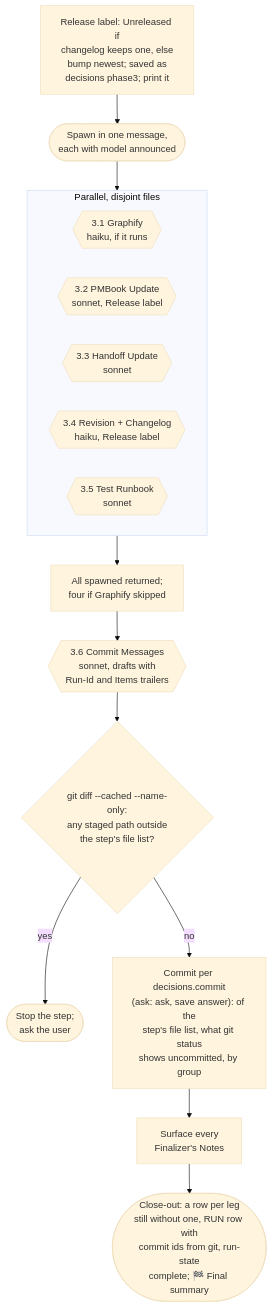
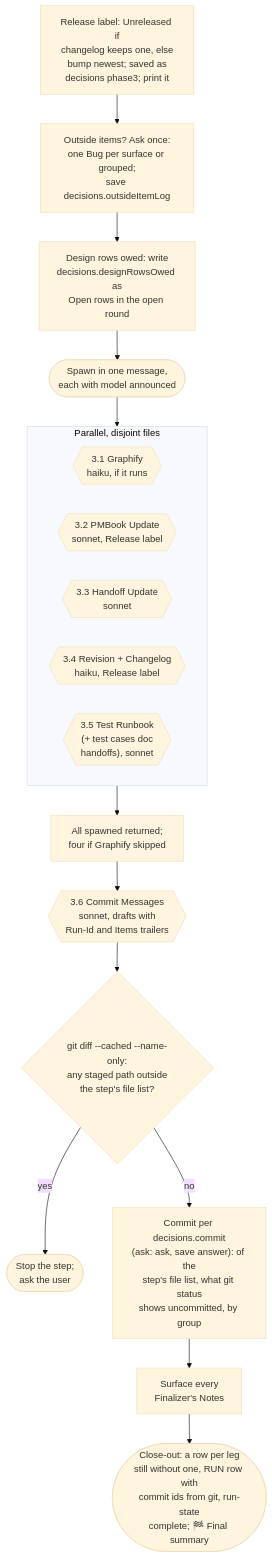
The second of 3 diagrams in skills/orchestrator-development-pattern/mermaid/06-phase3-finalization.md (muhammedalikhan86/claude-stash), drawn with Mermaid (base theme) before and after one commit. The commit also changed other lines of this file and 32 other files, not shown here.

First line of the commit message:
feat(orchestrators): round of test-run fixes across both orchestrators and agents

````diff
--- a/skills/orchestrator-development-pattern/mermaid/06-phase3-finalization.md
+++ b/skills/orchestrator-development-pattern/mermaid/06-phase3-finalization.md
@@ -38,23 +38,25 @@
 ```mermaid
 flowchart TD
     Label["Release label: Unreleased if<br/>changelog keeps one, else<br/>bump newest; saved as<br/>decisions phase3; print it"]
+    Out["Outside items? Ask once:<br/>one Bug per surface or grouped;<br/>save decisions.outsideItemLog"]
+    Owed["Design rows owed: write<br/>decisions.designRowsOwed as<br/>Open rows in the open round"]
     Fork(["Spawn in one message,<br/>each with model announced"])
     subgraph Par["Parallel, disjoint files"]
         G{{"3.1 Graphify<br/>haiku, if it runs"}}
         PM{{"3.2 PMBook Update<br/>sonnet, Release label"}}
         H{{"3.3 Handoff Update<br/>sonnet"}}
         C{{"3.4 Revision + Changelog<br/>haiku, Release label"}}
-        T{{"3.5 Test Runbook<br/>sonnet"}}
+        T{{"3.5 Test Runbook<br/>(+ test cases doc<br/>handoffs), sonnet"}}
     end
     Join["All spawned returned;<br/>four if Graphify skipped"]
     CM{{"3.6 Commit Messages<br/>sonnet, drafts with<br/>Run-Id and Items trailers"}}
     Staged{"git diff --cached --name-only:<br/>any staged path outside<br/>the step's file list?"}
     Stop(["Stop the step;<br/>ask the user"])
     Commit["Commit per decisions.commit<br/>(ask: ask, save answer): of the<br/>step's file list, what git status<br/>shows uncommitted, by group"]
     Notes["Surface every<br/>Finalizer's Notes"]
     Sum(["Close-out: a row per leg<br/>still without one, RUN row with<br/>commit ids from git, run-state<br/>complete; 🏁 Final summary"])
 
-    Label --> Fork --> Par --> Join --> CM --> Staged
+    Label --> Out --> Owed --> Fork --> Par --> Join --> CM --> Staged
     Staged -->|yes| Stop
     Staged -->|no| Commit --> Notes --> Sum
 ```
````
